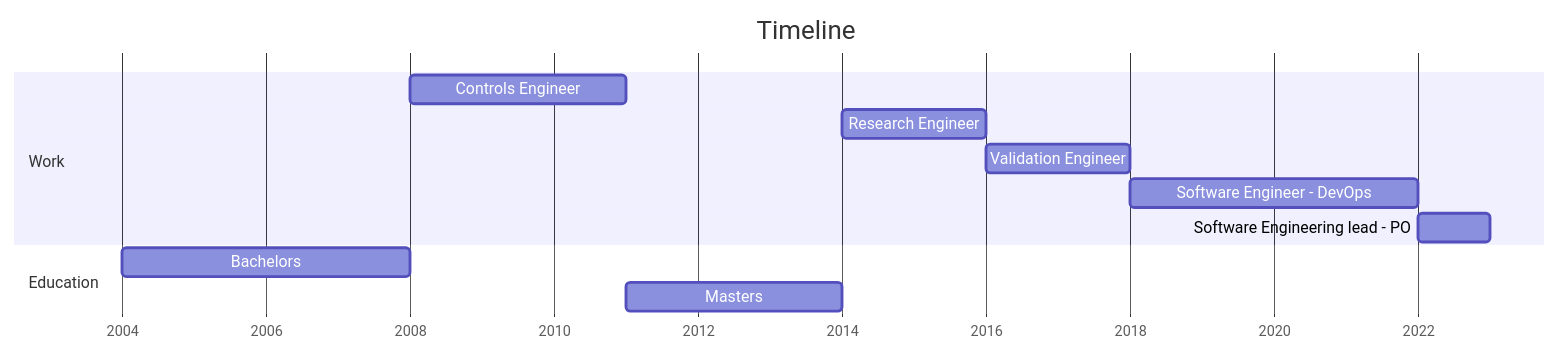
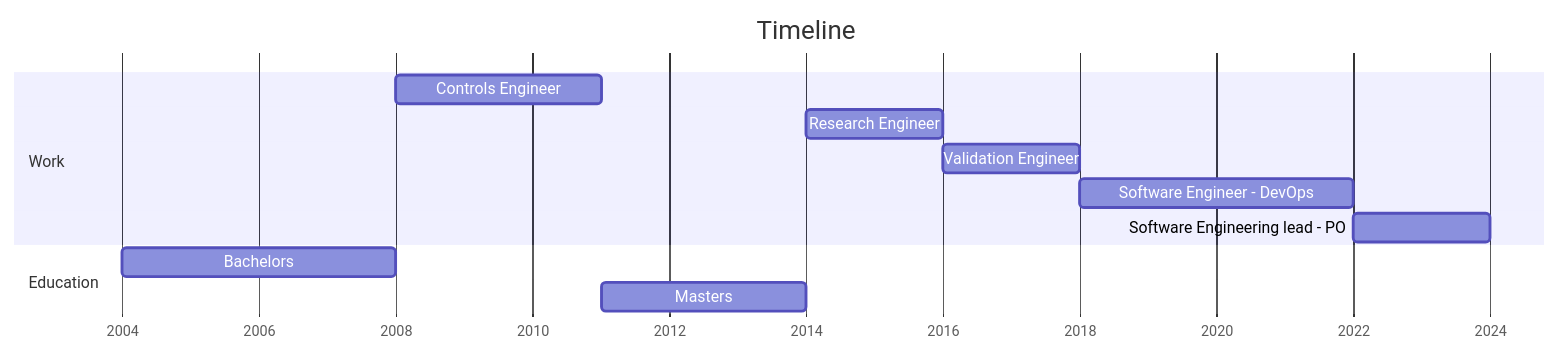
The diagram in README.md (kar-ven/kar-ven.github.io), drawn with Mermaid before and after one commit.

Commit message:
update CV

```diff
--- a/README.md
+++ b/README.md
@@ -5,16 +5,16 @@
 <pre class="mermaid">
 gantt
     title Timeline
     dateFormat YYYY
     axisFormat %Y
-    tickInterval 10y
+    tickInterval 5y
     section Work
     Controls Engineer              :2008, 2011
     Research Engineer              :2014, 2016
     Validation Engineer            :2016, 2018
     Software Engineer - DevOps     :2018, 2022
-    Software Engineering lead - PO :2022, 2023
+    Software Engineering lead - PO :2022, 2024
     Section Education
     Bachelors                      :2004, 2008
     Masters                        :2011, 2014
 </pre>
```
